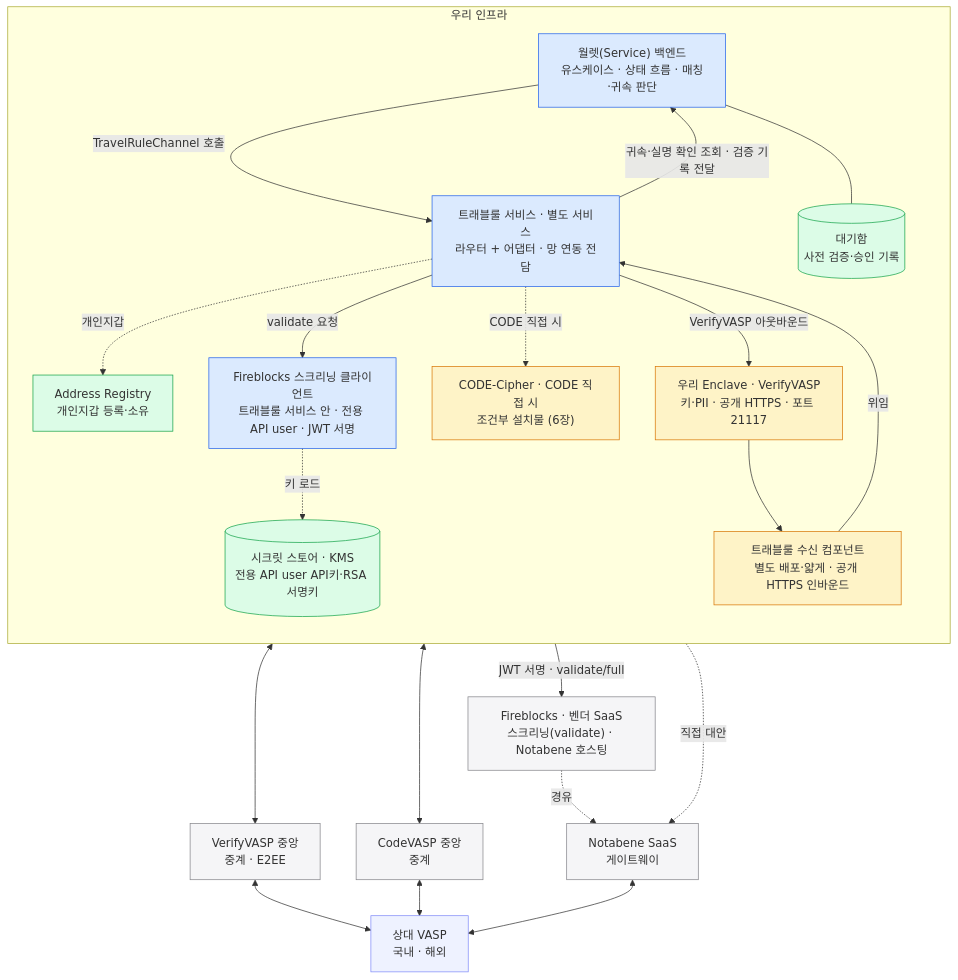
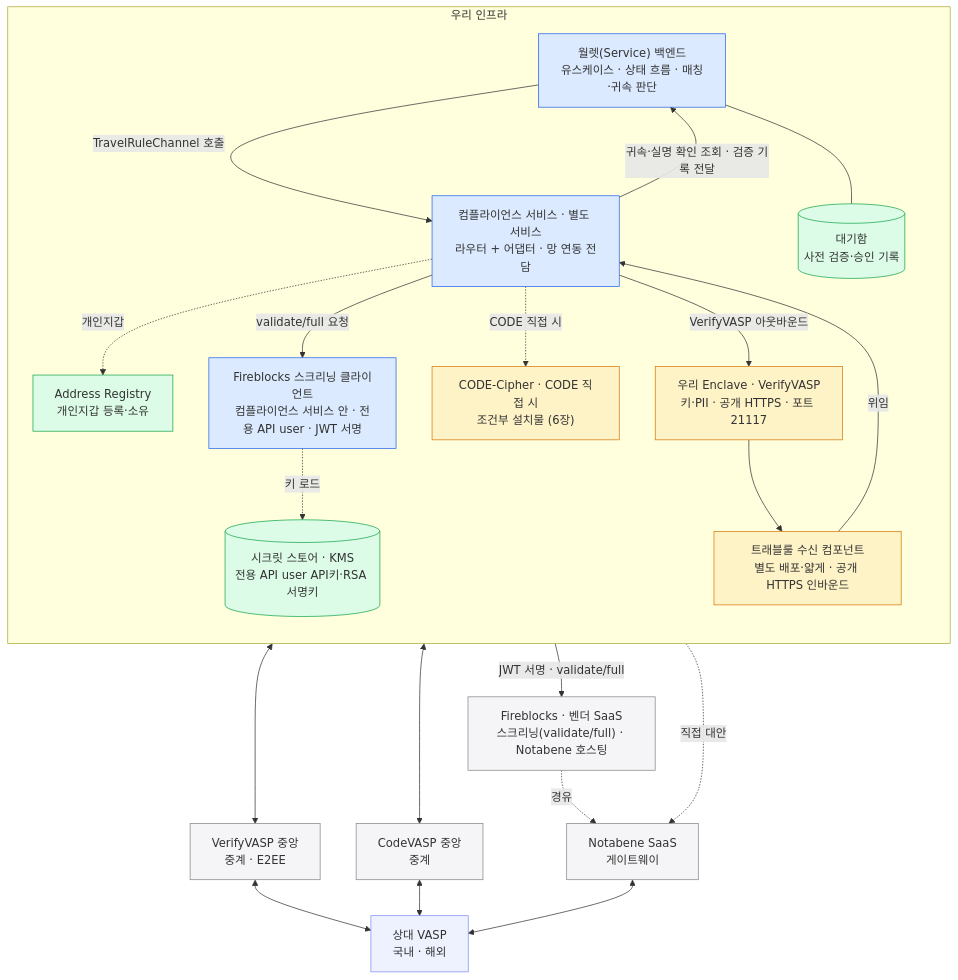
One commit to eunsujeo/eunpus changed the diagram in blockchain-manager/docs/트래블룰/설계/12-physical-layout.md. Above: the diagram before and after it, drawn with Mermaid. The commit also changed other lines of this file and 20 other files, not shown here.

Commit message:
컴플라이언스 서비스 문서 신설(범위·인터페이스·API 정본) + 트래블룰 문서 개명·validate/full 통일 + 문서 사이드바 메서드 배지

````diff
--- a/blockchain-manager/docs/트래블룰/설계/12-physical-layout.md
+++ b/blockchain-manager/docs/트래블룰/설계/12-physical-layout.md
@@ -9,52 +9,52 @@
 ```mermaid
 flowchart TB
   subgraph OURS["우리 인프라"]
     direction TB
     SVC["월렛(Service) 백엔드<br/>유스케이스 · 상태 흐름 · 매칭·귀속 판단"]
-    GATE["트래블룰 서비스 · 별도 서비스<br/>라우터 + 어댑터 · 망 연동 전담"]
+    GATE["컴플라이언스 서비스 · 별도 서비스<br/>라우터 + 어댑터 · 망 연동 전담"]
     WQ[("대기함<br/>사전 검증·승인 기록")]
-    FBCLI["Fireblocks 스크리닝 클라이언트<br/>트래블룰 서비스 안 · 전용 API user · JWT 서명"]
+    FBCLI["Fireblocks 스크리닝 클라이언트<br/>컴플라이언스 서비스 안 · 전용 API user · JWT 서명"]
     SEC[("시크릿 스토어 · KMS<br/>전용 API user API키·RSA 서명키")]
     RX["트래블룰 수신 컴포넌트<br/>별도 배포·얇게 · 공개 HTTPS 인바운드"]
     EN["우리 Enclave · VerifyVASP<br/>키·PII · 공개 HTTPS · 포트 21117"]
     CC["CODE-Cipher · CODE 직접 시<br/>조건부 설치물 (6장)"]
     AR["Address Registry<br/>개인지갑 등록·소유"]
   end
 
   HUB["VerifyVASP 중앙<br/>중계 · E2EE"]
   CV["CodeVASP 중앙<br/>중계"]
   NB["Notabene SaaS<br/>게이트웨이"]
-  FB["Fireblocks · 벤더 SaaS<br/>스크리닝(validate) · Notabene 호스팅"]
+  FB["Fireblocks · 벤더 SaaS<br/>스크리닝(validate/full) · Notabene 호스팅"]
   RVP["상대 VASP<br/>국내 · 해외"]
 
   SVC -->|TravelRuleChannel 호출| GATE
   GATE -->|귀속·실명 확인 조회 · 검증 기록 전달| SVC
   SVC --- WQ
   GATE -.->|개인지갑| AR
   GATE -->|VerifyVASP 아웃바운드| EN
   GATE -.->|CODE 직접 시| CC
-  GATE -->|validate 요청| FBCLI
+  GATE -->|validate/full 요청| FBCLI
   FBCLI -->|JWT 서명 · validate/full| FB
   FBCLI -.->|키 로드| SEC
   GATE -.->|직접 대안| NB
   EN --> RX
   RX -->|위임| GATE
 
   EN <--> HUB
   CC <--> CV
   FB -.->|경유| NB
   HUB <--> RVP
   CV <--> RVP
   NB <--> RVP
 
   classDef ours fill:#dbeafe,stroke:#2563eb;
   classDef store fill:#dcfce7,stroke:#16a34a;
   classDef selfhost fill:#fef3c7,stroke:#d97706;
   classDef vendor fill:#f5f5f7,stroke:#86868b;
   classDef chain fill:#eef2ff,stroke:#818cf8;
   class SVC,GATE,FBCLI ours
   class WQ,SEC,AR store
   class RX,EN,CC selfhost
   class HUB,CV,NB,FB vendor
   class RVP chain
 ```
````
